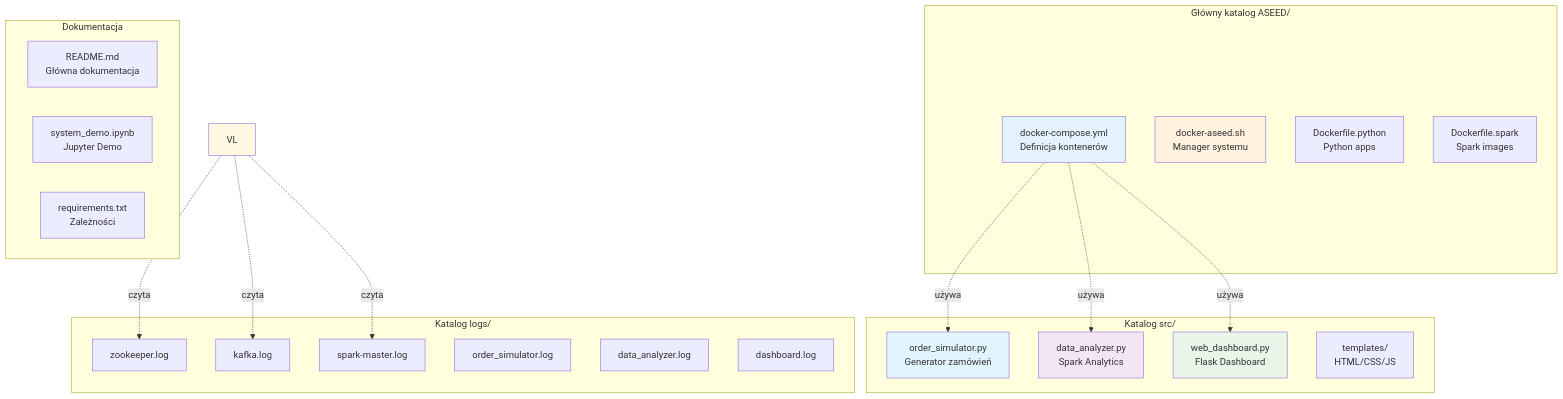
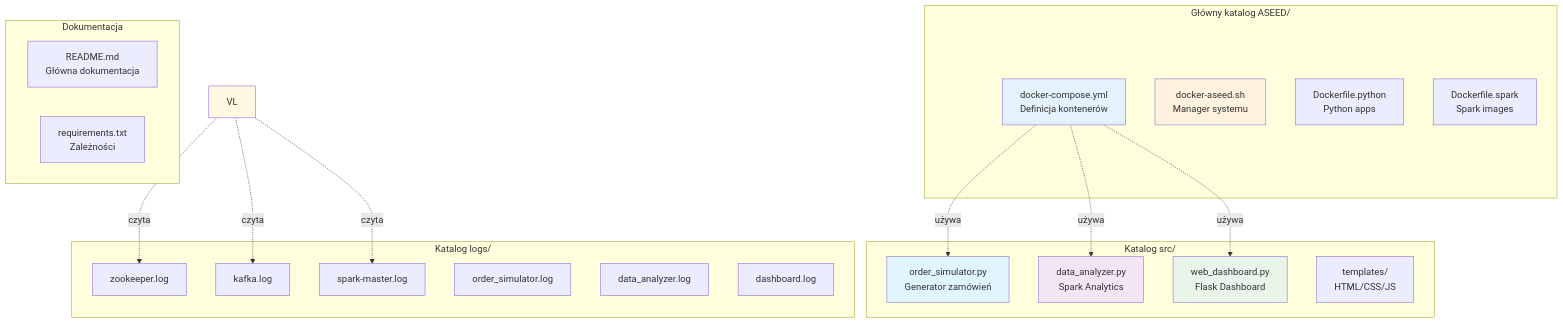
One commit to NatanTulo/ASEED changed the third of 4 diagrams in README.md. Above: the diagram before and after it, drawn with Mermaid. The commit also changed other lines of this file, not shown here.

````diff
--- a/README.md
+++ b/README.md
@@ -273,45 +273,44 @@
 ```mermaid
 graph TB
     subgraph "Główny katalog ASEED/"
         DC[docker-compose.yml<br/>Definicja kontenerów]
         DS[docker-aseed.sh<br/>Manager systemu]
         DF1[Dockerfile.python<br/>Python apps]
         DF2[Dockerfile.spark<br/>Spark images]
     end
     
     subgraph "Katalog src/"
         OS[order_simulator.py<br/>Generator zamówień]
         DA[data_analyzer.py<br/>Spark Analytics]
         WD[web_dashboard.py<br/>Flask Dashboard]
         TM[templates/<br/>HTML/CSS/JS]
     end
     
     subgraph "Katalog logs/"
         L1[zookeeper.log]
         L2[kafka.log]  
         L3[spark-master.log]
         L4[order_simulator.log]
         L5[data_analyzer.log]
         L6[dashboard.log]
     end
     
     subgraph "Dokumentacja"
         RM[README.md<br/>Główna dokumentacja]
-        JN[system_demo.ipynb<br/>Jupyter Demo]  
         RT[requirements.txt<br/>Zależności]
     end
     
     DC -.->|używa| OS
     DC -.->|używa| DA
     DC -.->|używa| WD
     VL -.->|czyta| L1
     VL -.->|czyta| L2
     VL -.->|czyta| L3
     
     style DC fill:#e3f2fd
     style DS fill:#fff3e0
     style OS fill:#e1f5fe
     style DA fill:#f3e5f5
     style WD fill:#e8f5e8
     style VL fill:#fff8e1
 ```
````
